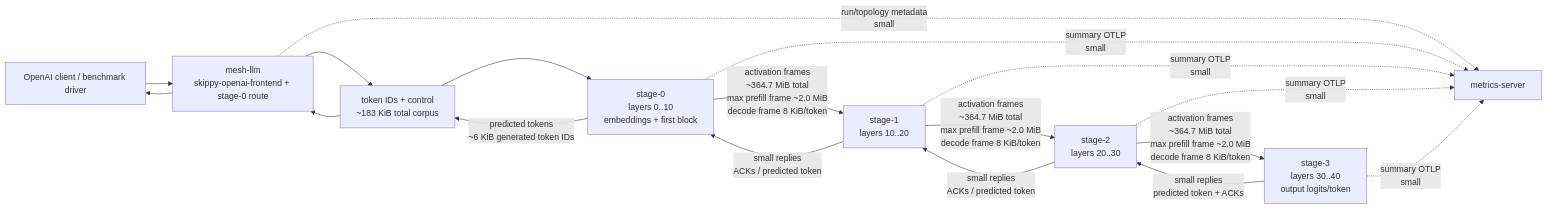
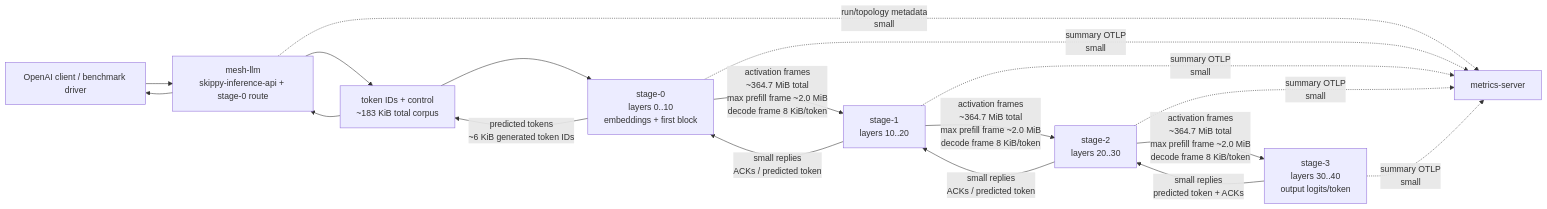
One commit to 76287298092/mesh-llm changed the first of 2 diagrams in skippy/docs/DATA_FLOW.md. Above: the diagram before and after it, drawn with Mermaid. The commit also changed other lines of this file and 200 other files, not shown here.

Commit message:
refactor(skippy): rename frontend crate to inference API

````diff
--- a/skippy/docs/DATA_FLOW.md
+++ b/skippy/docs/DATA_FLOW.md
@@ -11,25 +11,25 @@
 ```mermaid
 flowchart LR
-    Client["OpenAI client / benchmark driver"] --> Mesh["mesh-llm<br/>skippy-openai-frontend + stage-0 route"]
+    Client["OpenAI client / benchmark driver"] --> Mesh["mesh-llm<br/>skippy-inference-api + stage-0 route"]
     Mesh --> D["token IDs + control<br/>~183 KiB total corpus"]
     D --> S0["stage-0<br/>layers 0..10<br/>embeddings + first block"]
 
     S0 -->|"activation frames<br/>~364.7 MiB total<br/>max prefill frame ~2.0 MiB<br/>decode frame 8 KiB/token"| S1["stage-1<br/>layers 10..20"]
 
     S1 -->|"activation frames<br/>~364.7 MiB total<br/>max prefill frame ~2.0 MiB<br/>decode frame 8 KiB/token"| S2["stage-2<br/>layers 20..30"]
 
     S2 -->|"activation frames<br/>~364.7 MiB total<br/>max prefill frame ~2.0 MiB<br/>decode frame 8 KiB/token"| S3["stage-3<br/>layers 30..40<br/>output logits/token"]
 
     S3 -->|"small replies<br/>predicted token + ACKs"| S2
     S2 -->|"small replies<br/>ACKs / predicted token"| S1
     S1 -->|"small replies<br/>ACKs / predicted token"| S0
     S0 -->|"predicted tokens<br/>~6 KiB generated token IDs"| D
     D --> Mesh
     Mesh --> Client
 
     Mesh -.->|"run/topology metadata<br/>small"| M
     S0 -.->|"summary OTLP<br/>small"| M["metrics-server"]
     S1 -.->|"summary OTLP<br/>small"| M
     S2 -.->|"summary OTLP<br/>small"| M
     S3 -.->|"summary OTLP<br/>small"| M
 ```
````
